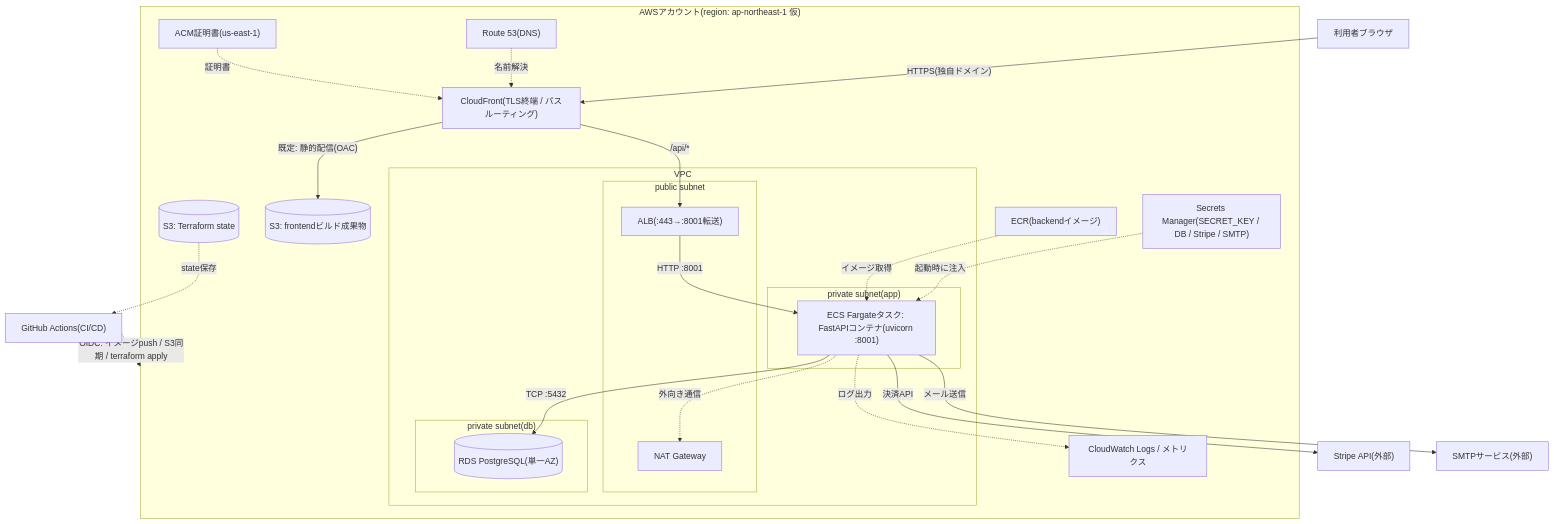
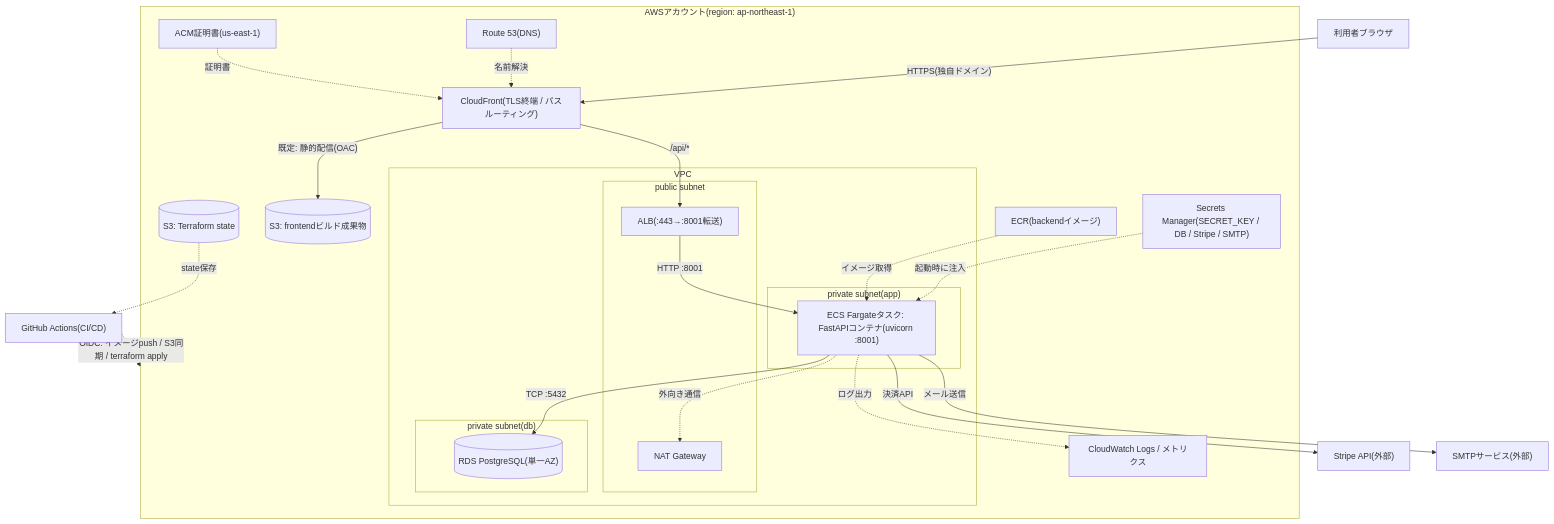
One commit to KokiNakano2nd/ec2site changed the diagram in docs/deliverables/architecture/06_aws_deployment_tobe.md. Above: the diagram before and after it, drawn with Mermaid. The commit also changed other lines of this file and 32 other files, not shown here.

````diff
--- a/docs/deliverables/architecture/06_aws_deployment_tobe.md
+++ b/docs/deliverables/architecture/06_aws_deployment_tobe.md
@@ -20,47 +20,47 @@
 ```mermaid
 flowchart TB
     User["利用者ブラウザ"]
     Stripe["Stripe API(外部)"]
     SMTP["SMTPサービス(外部)"]
     GHA["GitHub Actions(CI/CD)"]
 
-    subgraph AWS["AWSアカウント(region: ap-northeast-1 仮)"]
+    subgraph AWS["AWSアカウント(region: ap-northeast-1)"]
         R53["Route 53(DNS)"]
         ACM["ACM証明書(us-east-1)"]
         CF["CloudFront(TLS終端 / パスルーティング)"]
         S3F[("S3: frontendビルド成果物")]
         ECR["ECR(backendイメージ)"]
         SM["Secrets Manager(SECRET_KEY / DB / Stripe / SMTP)"]
         CW["CloudWatch Logs / メトリクス"]
         S3S[("S3: Terraform state")]
 
         subgraph VPC["VPC"]
             subgraph PubSub["public subnet"]
                 ALB["ALB(:443→:8001転送)"]
                 NAT["NAT Gateway"]
             end
             subgraph PrivApp["private subnet(app)"]
                 ECS["ECS Fargateタスク: FastAPIコンテナ(uvicorn :8001)"]
             end
             subgraph PrivDB["private subnet(db)"]
                 RDS[("RDS PostgreSQL(単一AZ)")]
             end
         end
     end
 
     User -->|"HTTPS(独自ドメイン)"| CF
     R53 -.->|名前解決| CF
     ACM -.->|証明書| CF
     CF -->|"既定: 静的配信(OAC)"| S3F
     CF -->|"/api/*"| ALB
     ALB -->|HTTP :8001| ECS
     ECS -->|"TCP :5432"| RDS
     ECS -->|決済API| Stripe
     ECS -->|メール送信| SMTP
     ECS -.->|外向き通信| NAT
     SM -.->|起動時に注入| ECS
     ECS -.->|ログ出力| CW
     ECR -.->|イメージ取得| ECS
     GHA -.->|"OIDC: イメージpush / S3同期 / terraform apply"| AWS
     S3S -.->|state保存| GHA
 ```
````
